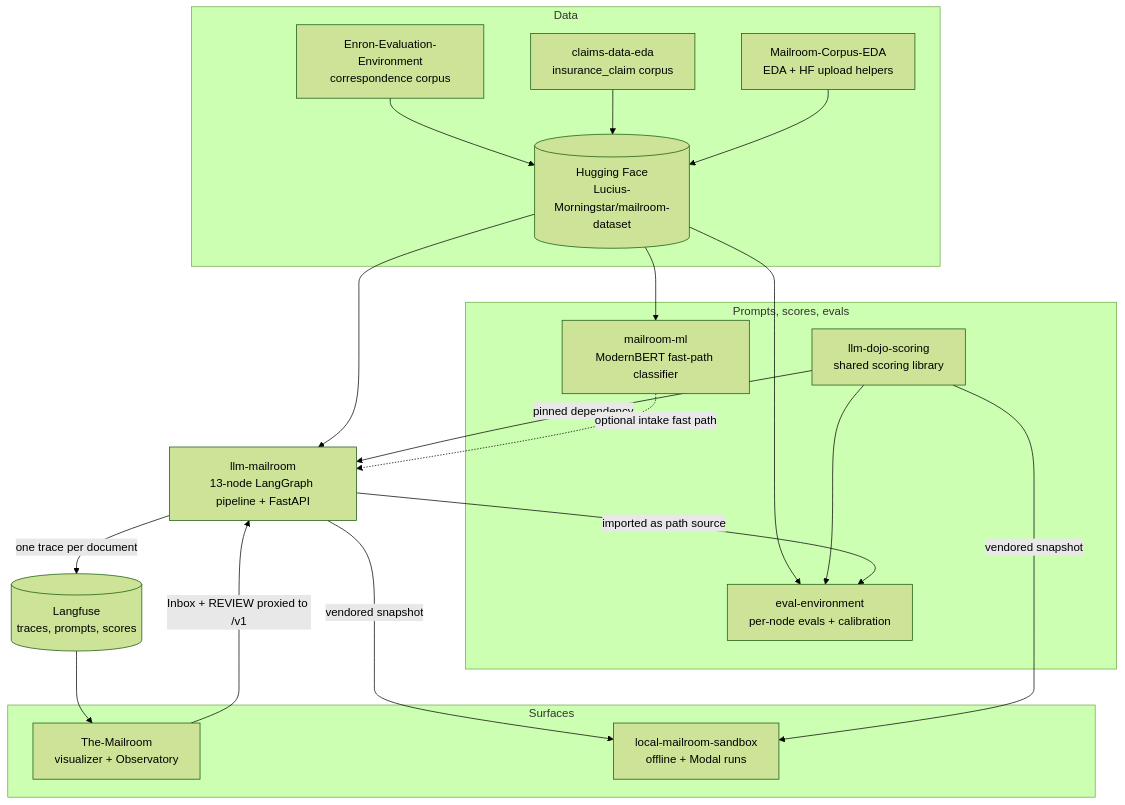
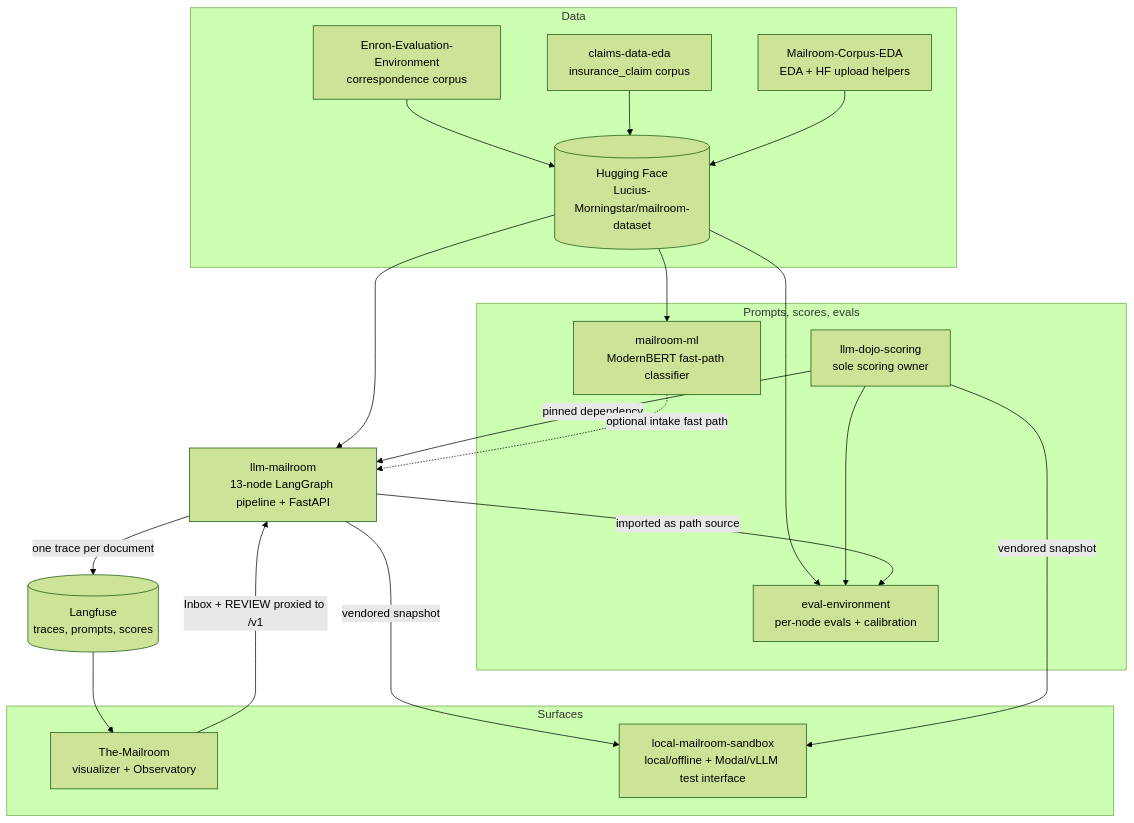
One commit to Exios66/llm-mailroom changed the first of 2 diagrams in docs/constellation/architecture.md. Above: the diagram before and after it, drawn with Mermaid (forest theme). The commit also changed other lines of this file and 13 other files, not shown here.

````diff
--- a/docs/constellation/architecture.md
+++ b/docs/constellation/architecture.md
@@ -7,39 +7,39 @@
 ```mermaid
 flowchart TD
     subgraph DATA["Data"]
         ENRON["Enron-Evaluation-Environment<br/>correspondence corpus"]
         CLAIMS["claims-data-eda<br/>insurance_claim corpus"]
         EDA["Mailroom-Corpus-EDA<br/>EDA + HF upload helpers"]
         HF[("Hugging Face<br/>Lucius-Morningstar/mailroom-dataset")]
     end
 
     subgraph LOOP["Prompts, scores, evals"]
-        DOJO["llm-dojo-scoring<br/>shared scoring library"]
+        DOJO["llm-dojo-scoring<br/>sole scoring owner"]
         EVALS["eval-environment<br/>per-node evals + calibration"]
         ML["mailroom-ml<br/>ModernBERT fast-path classifier"]
     end
 
     PIPE["llm-mailroom<br/>13-node LangGraph pipeline + FastAPI"]
     LF[("Langfuse<br/>traces, prompts, scores")]
 
     subgraph SURF["Surfaces"]
         VIS["The-Mailroom<br/>visualizer + Observatory"]
-        SAND["local-mailroom-sandbox<br/>offline + Modal runs"]
+        SAND["local-mailroom-sandbox<br/>local/offline + Modal/vLLM test interface"]
     end
 
     ENRON --> HF
     CLAIMS --> HF
     EDA --> HF
     HF --> EVALS
     HF --> ML
     HF --> PIPE
     DOJO -- "pinned dependency" --> PIPE
     DOJO --> EVALS
     PIPE -- "imported as path source" --> EVALS
     ML -. "optional intake fast path" .-> PIPE
     PIPE -- "one trace per document" --> LF
     LF --> VIS
     VIS -- "Inbox + REVIEW proxied to /v1" --> PIPE
     PIPE -- "vendored snapshot" --> SAND
     DOJO -- "vendored snapshot" --> SAND
 ```
````
